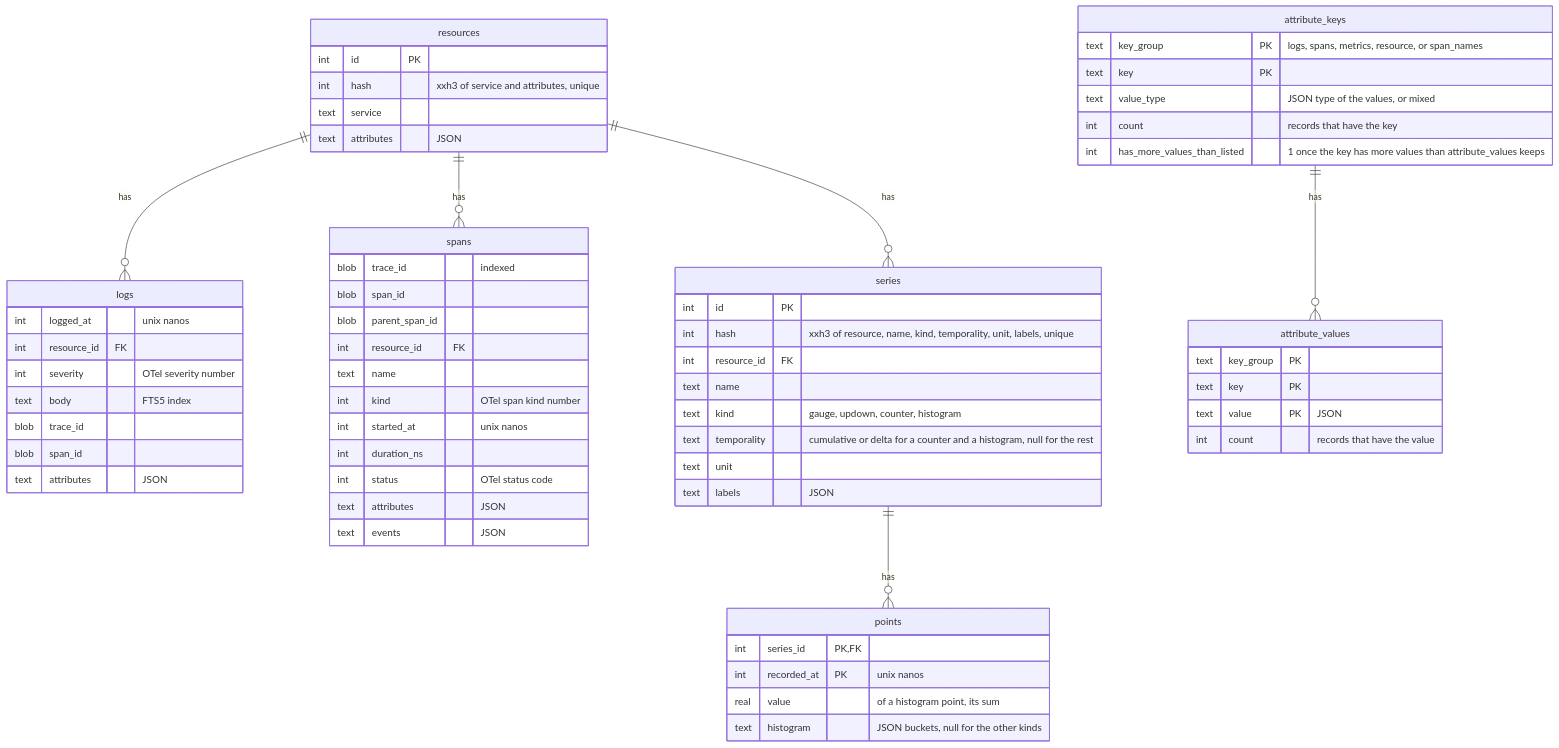
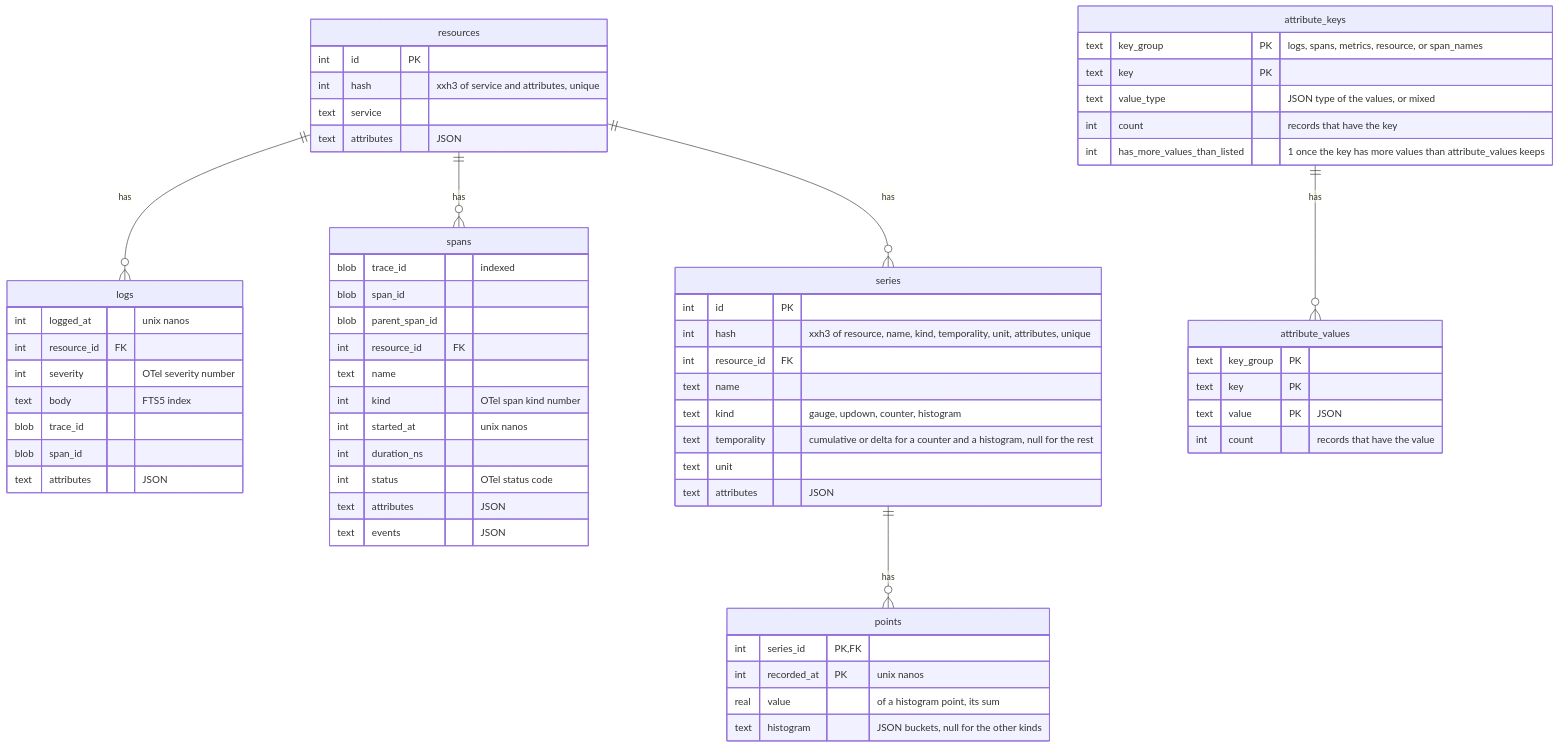
The second of 2 diagrams in docs/telemetry.md (sukovanej/otelo), drawn with Mermaid before and after one commit. The commit also changed other lines of this file, not shown here.

````diff
--- a/docs/telemetry.md
+++ b/docs/telemetry.md
@@ -36,65 +36,65 @@
 ```mermaid
 erDiagram
   resources ||--o{ logs : has
   resources ||--o{ spans : has
   resources ||--o{ series : has
   series ||--o{ points : has
   attribute_keys ||--o{ attribute_values : has
   resources {
     int id PK
     int hash "xxh3 of service and attributes, unique"
     text service
     text attributes "JSON"
   }
   logs {
     int logged_at "unix nanos"
     int resource_id FK
     int severity "OTel severity number"
     text body "FTS5 index"
     blob trace_id
     blob span_id
     text attributes "JSON"
   }
   spans {
     blob trace_id "indexed"
     blob span_id
     blob parent_span_id
     int resource_id FK
     text name
     int kind "OTel span kind number"
     int started_at "unix nanos"
     int duration_ns
     int status "OTel status code"
     text attributes "JSON"
     text events "JSON"
   }
   series {
     int id PK
-    int hash "xxh3 of resource, name, kind, temporality, unit, labels, unique"
+    int hash "xxh3 of resource, name, kind, temporality, unit, attributes, unique"
     int resource_id FK
     text name
     text kind "gauge, updown, counter, histogram"
     text temporality "cumulative or delta for a counter and a histogram, null for the rest"
     text unit
-    text labels "JSON"
+    text attributes "JSON"
   }
   points {
     int series_id PK, FK
     int recorded_at PK "unix nanos"
     real value "of a histogram point, its sum"
     text histogram "JSON buckets, null for the other kinds"
   }
   attribute_keys {
     text key_group PK "logs, spans, metrics, resource, or span_names"
     text key PK
     text value_type "JSON type of the values, or mixed"
     int count "records that have the key"
     int has_more_values_than_listed "1 once the key has more values than attribute_values keeps"
   }
   attribute_values {
     text key_group PK
     text key PK
     text value PK "JSON"
     int count "records that have the value"
   }
 ```
````
